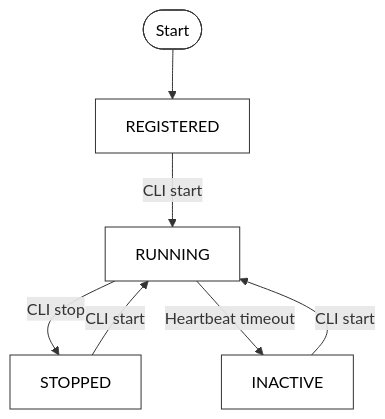
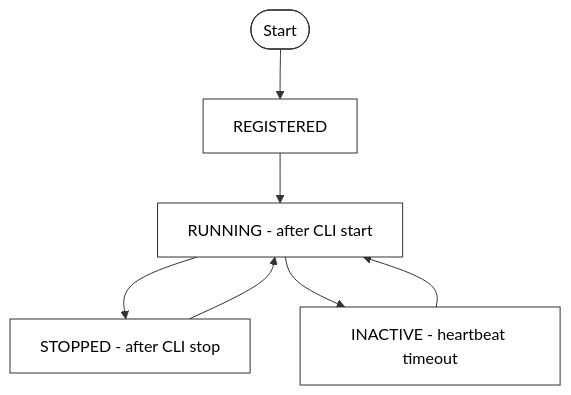
One commit to Nexora-Node/Docs changed the fourth of 4 diagrams in node-behavior.md. Above: the diagram before and after it, drawn with Mermaid. The commit also changed other lines of this file and 5 other files, not shown here.

````diff
--- a/node-behavior.md
+++ b/node-behavior.md
@@ -95,15 +95,15 @@
 ```mermaid
 flowchart TD
     A([Start]) --> B[REGISTERED]
-    B -->|CLI start| C[RUNNING]
-    C -->|CLI stop| D[STOPPED]
-    C -->|Heartbeat timeout| E[INACTIVE]
-    D -->|CLI start| C
-    E -->|CLI start| C
+    B --> C[RUNNING - after CLI start]
+    C --> D[STOPPED - after CLI stop]
+    C --> E[INACTIVE - heartbeat timeout]
+    D --> C
+    E --> C
 
     style A fill:#fff,stroke:#333,color:#000
     style B fill:#fff,stroke:#333,color:#000
     style C fill:#fff,stroke:#333,color:#000
     style D fill:#fff,stroke:#333,color:#000
     style E fill:#fff,stroke:#333,color:#000
 ```
````
